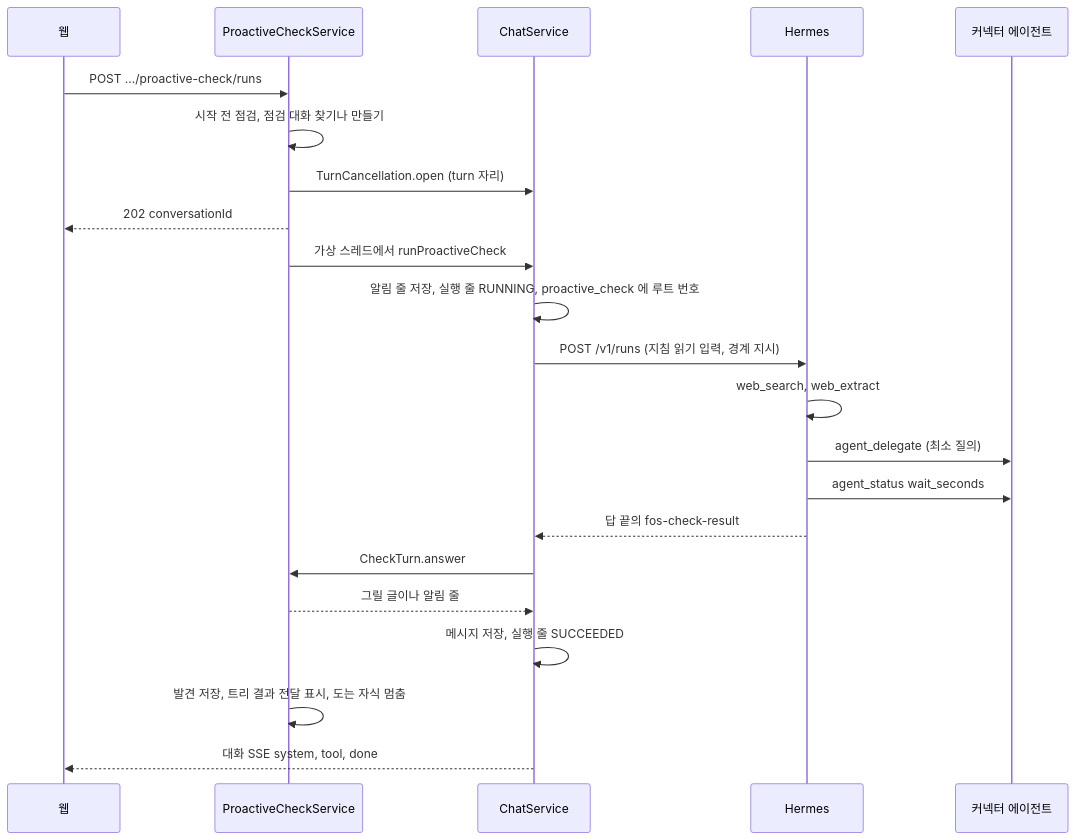
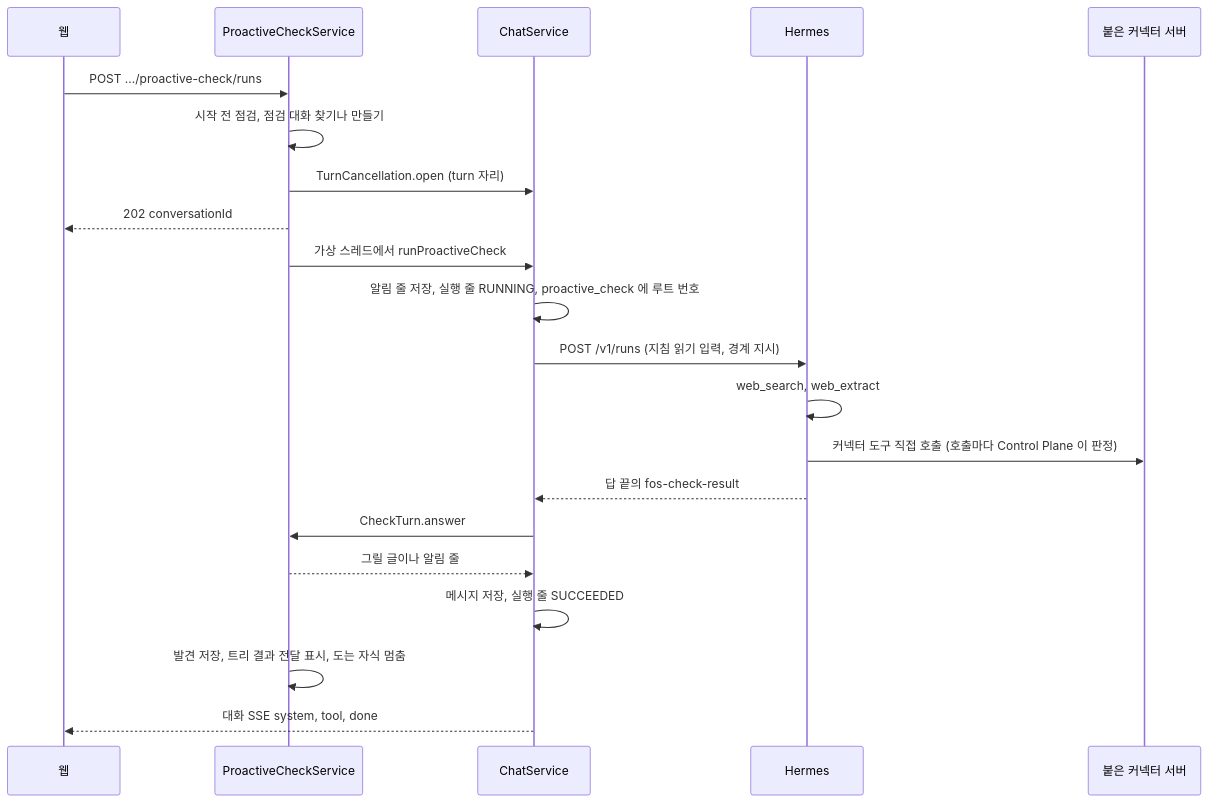
Before and after one commit to jon890/fos-assistant: the diagram in docs/backend/proactive-check.md, drawn with Mermaid. The commit also changed other lines of this file and 8 other files, not shown here.

````diff
--- a/docs/backend/proactive-check.md
+++ b/docs/backend/proactive-check.md
@@ -89,24 +92,23 @@
 ```mermaid
 sequenceDiagram
     participant W as 웹
     participant P as ProactiveCheckService
     participant C as ChatService
     participant H as Hermes
-    participant D as 커넥터 에이전트
+    participant D as 붙은 커넥터 서버
     W->>P: POST .../proactive-check/runs
     P->>P: 시작 전 점검, 점검 대화 찾기나 만들기
     P->>C: TurnCancellation.open (turn 자리)
     P-->>W: 202 conversationId
     P->>C: 가상 스레드에서 runProactiveCheck
     C->>C: 알림 줄 저장, 실행 줄 RUNNING, proactive_check 에 루트 번호
     C->>H: POST /v1/runs (지침 읽기 입력, 경계 지시)
     H->>H: web_search, web_extract
-    H->>D: agent_delegate (최소 질의)
-    H->>D: agent_status wait_seconds
+    H->>D: 커넥터 도구 직접 호출 (호출마다 Control Plane 이 판정)
     H-->>C: 답 끝의 fos-check-result
     C->>P: CheckTurn.answer
     P-->>C: 그릴 글이나 알림 줄
     C->>C: 메시지 저장, 실행 줄 SUCCEEDED
     P->>P: 발견 저장, 트리 결과 전달 표시, 도는 자식 멈춤
     C-->>W: 대화 SSE system, tool, done
 ```
````
